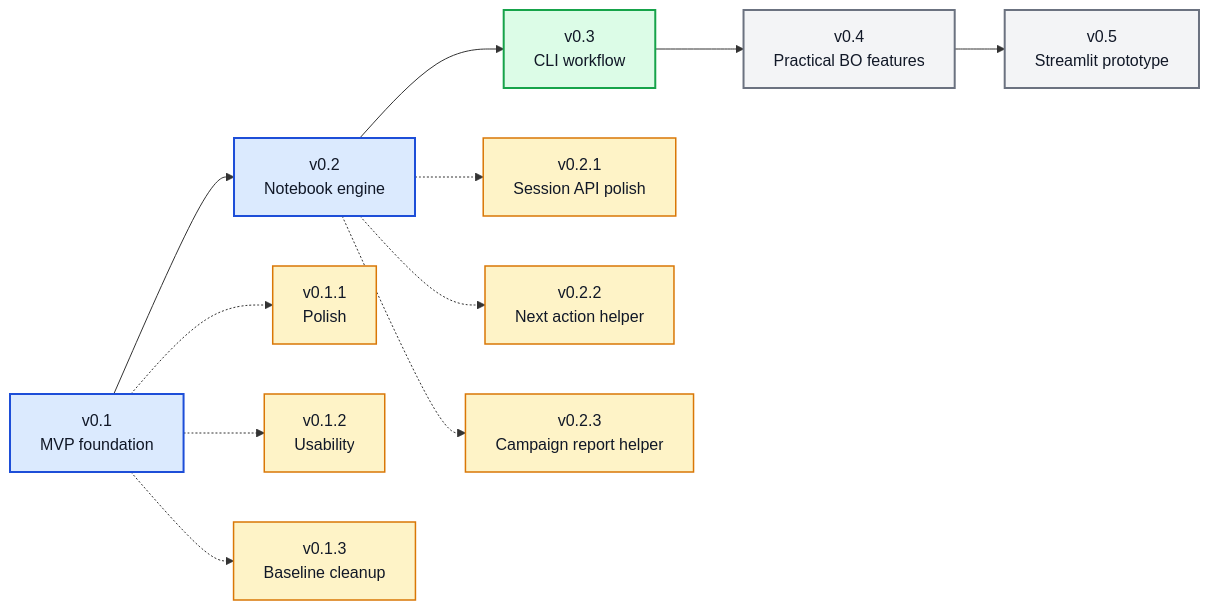
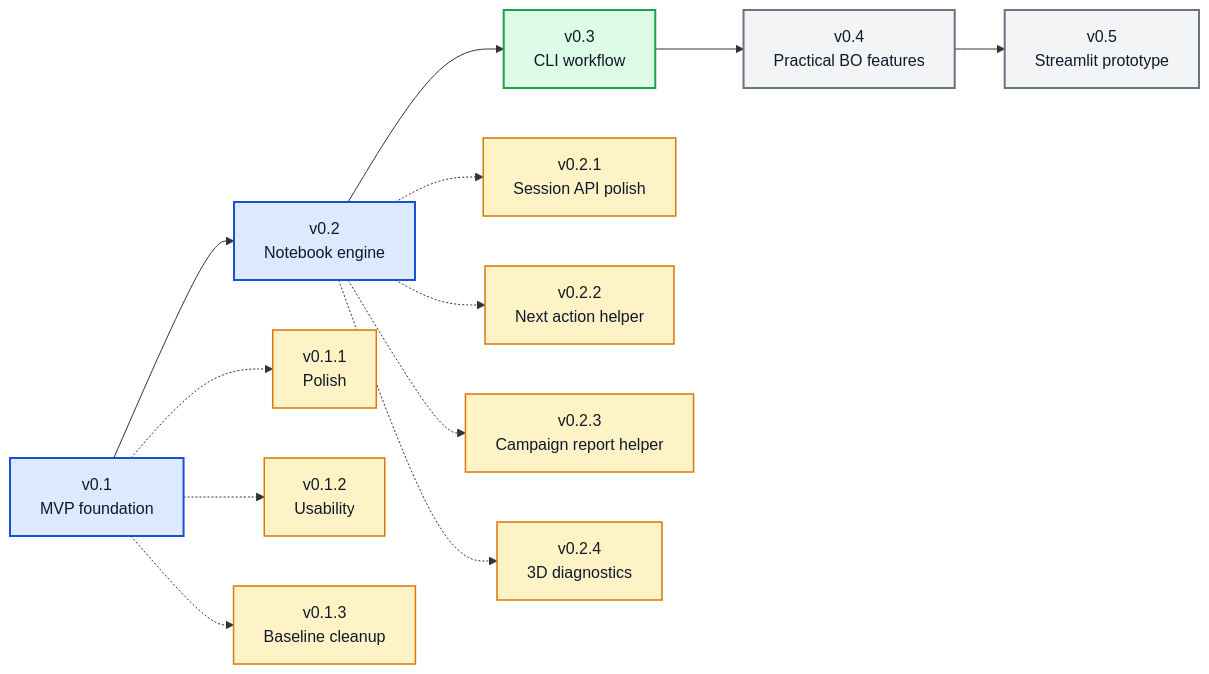
The diagram in ROADMAP.md (angzeli/bo-forge), drawn with Mermaid before and after one commit. The commit also changed other lines of this file and 31 other files, not shown here.

Commit message:
v0.2.4 update: higher-dimension diagnostics and figure export

````diff
--- a/ROADMAP.md
+++ b/ROADMAP.md
@@ -7,28 +7,30 @@
 ```mermaid
 flowchart LR
     v01["v0.1<br/>MVP foundation"] --> v02["v0.2<br/>Notebook engine"] --> v03["v0.3<br/>CLI workflow"] --> v04["v0.4<br/>Practical BO features"] --> v05["v0.5<br/>Streamlit prototype"]
 
     v011["v0.1.1<br/>Polish"]
     v012["v0.1.2<br/>Usability"]
     v013["v0.1.3<br/>Baseline cleanup"]
     v021["v0.2.1<br/>Session API polish"]
     v022["v0.2.2<br/>Next action helper"]
     v023["v0.2.3<br/>Campaign report helper"]
+    v024["v0.2.4<br/>3D diagnostics"]
     
     v01 -.-> v011
     v01 -.-> v012
     v01 -.-> v013
     v02 -.-> v021
     v02 -.-> v022
     v02 -.-> v023
+    v02 -.-> v024
     
     class v01,v02 majorDone
     class v03 majorNext
     class v04,v05 majorFuture
-    class v011,v012,v013,v021,v022,v023 patchDone
+    class v011,v012,v013,v021,v022,v023,v024 patchDone
 
     classDef majorDone fill:#dbeafe,stroke:#1d4ed8,stroke-width:2px,color:#111827;
     classDef majorNext fill:#dcfce7,stroke:#16a34a,stroke-width:2px,color:#111827;
     classDef majorFuture fill:#f3f4f6,stroke:#6b7280,stroke-width:2px,color:#111827;
     classDef patchDone fill:#fef3c7,stroke:#d97706,stroke-width:1.5px,color:#111827;
 ```
````
